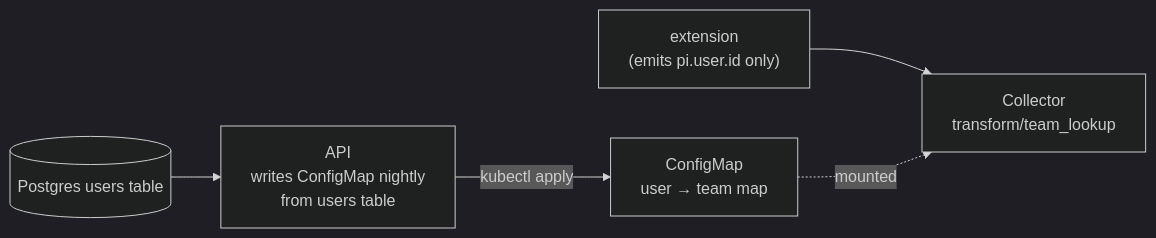
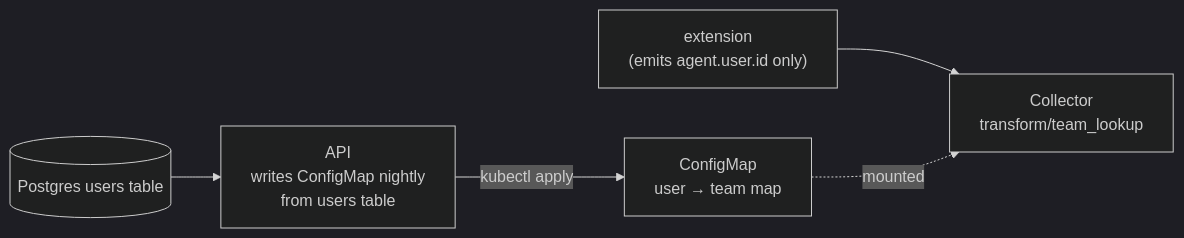
Diagram 11 of 13 in docs/design/pi-usage-reporter-DESIGN.md (vilosource/pi-extensions), drawn with Mermaid (dark theme) before and after one commit. The commit also changed other lines of this file and 6 other files, not shown here.

````diff
--- a/docs/design/pi-usage-reporter-DESIGN.md
+++ b/docs/design/pi-usage-reporter-DESIGN.md
@@ -1022,13 +1024,13 @@
 ```mermaid
 flowchart LR
-  ext["extension<br/>(emits pi.user.id only)"]
+  ext["extension<br/>(emits agent.user.id only)"]
   col["Collector<br/>transform/team_lookup"]
   cm["ConfigMap<br/>user → team map"]
   api["API<br/>writes ConfigMap nightly<br/>from users table"]
   pg[("Postgres users table")]
 
   ext --> col
   cm -.->|mounted| col
   pg --> api
   api -->|kubectl apply| cm
 ```
````
